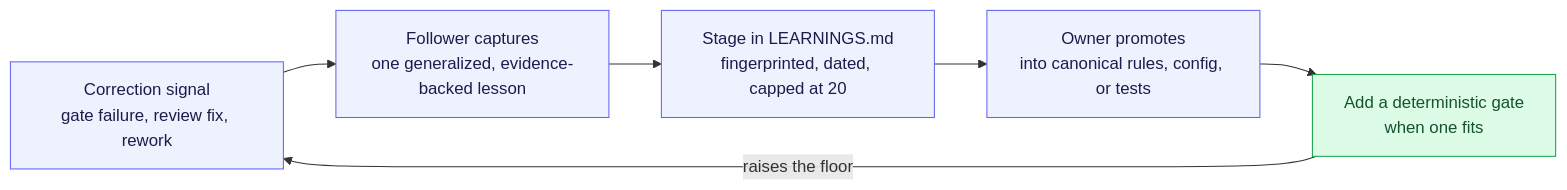
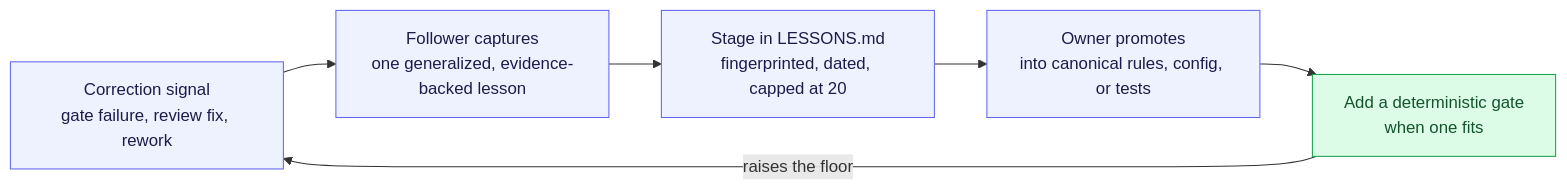
One commit to enumind/modonome changed the sixth of 6 diagrams in ARCHITECTURE.md. Above: the diagram before and after it, drawn with Mermaid. The commit also changed other lines of this file and 44 other files, not shown here.

Commit message:
Rename LEARNINGS.md to LESSONS.md across the repo (#113)

````diff
--- a/ARCHITECTURE.md
+++ b/ARCHITECTURE.md
@@ -328,17 +328,17 @@
 ```mermaid
 flowchart LR
   classDef step fill:#eef2ff,stroke:#6366f1,color:#1e1b4b;
   classDef floor fill:#dcfce7,stroke:#16a34a,color:#14532d;
 
   signal["Correction signal<br/>gate failure, review fix, rework"]
   capture["Follower captures<br/>one generalized, evidence-backed lesson"]
-  stage["Stage in LEARNINGS.md<br/>fingerprinted, dated, capped at 20"]
+  stage["Stage in LESSONS.md<br/>fingerprinted, dated, capped at 20"]
   promote["Owner promotes<br/>into canonical rules, config, or tests"]
   gate["Add a deterministic gate<br/>when one fits"]
 
   signal --> capture --> stage --> promote --> gate
   gate -->|raises the floor| signal
 
   class signal,capture,stage,promote step
   class gate floor
 ```
````
